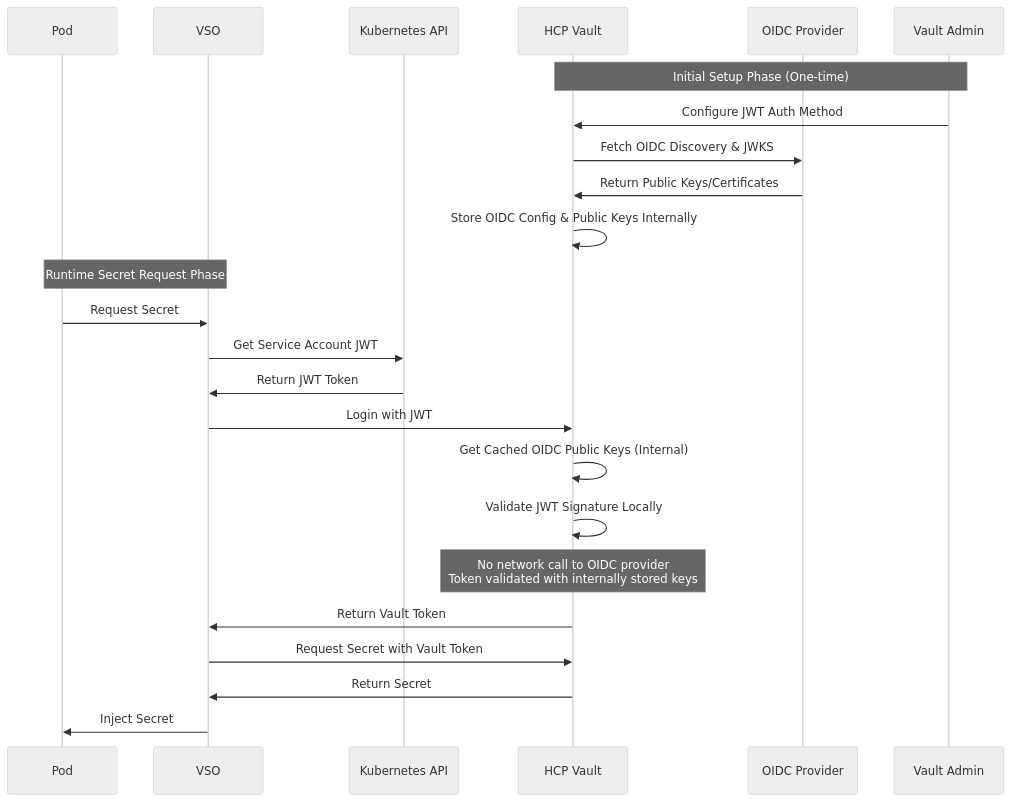
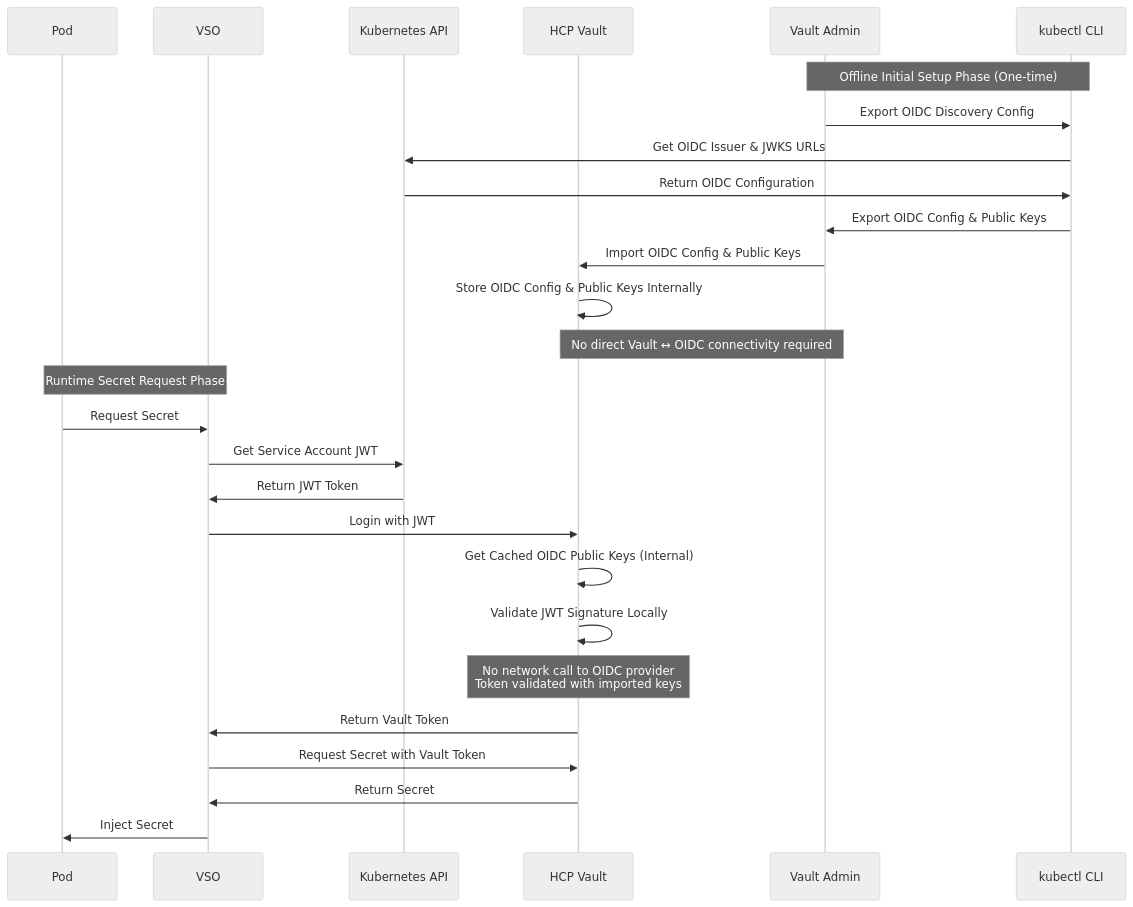
Before and after one commit to ucbabu/hcp-vault: the fourth of 4 diagrams in docs/kubernetes-integration-guide.md, drawn with Mermaid (neutral theme). The commit also changed other lines of this file, not shown here.

Commit message:
fix jwt auth

````diff
--- a/docs/kubernetes-integration-guide.md
+++ b/docs/kubernetes-integration-guide.md
@@ -135,28 +136,31 @@
 ```mermaid
 sequenceDiagram
     participant Pod
     participant VSO
     participant K8sAPI as Kubernetes API
     participant Vault as HCP Vault
-    participant OIDC as OIDC Provider
     participant Admin as Vault Admin
+    participant kubectl as kubectl CLI
     
-    Note over Admin,Vault: Initial Setup Phase (One-time)
-    Admin->>Vault: Configure JWT Auth Method
-    Vault->>OIDC: Fetch OIDC Discovery & JWKS
-    OIDC->>Vault: Return Public Keys/Certificates
+    Note over Admin,kubectl: Offline Initial Setup Phase (One-time)
+    Admin->>kubectl: Export OIDC Discovery Config
+    kubectl->>K8sAPI: Get OIDC Issuer & JWKS URLs
+    K8sAPI->>kubectl: Return OIDC Configuration
+    kubectl->>Admin: Export OIDC Config & Public Keys
+    Admin->>Vault: Import OIDC Config & Public Keys
     Vault->>Vault: Store OIDC Config & Public Keys Internally
+    Note over Admin,Vault: No direct Vault ↔ OIDC connectivity required
     
     Note over Pod,VSO: Runtime Secret Request Phase
     Pod->>VSO: Request Secret
     VSO->>K8sAPI: Get Service Account JWT
     K8sAPI->>VSO: Return JWT Token
     VSO->>Vault: Login with JWT
     Vault->>Vault: Get Cached OIDC Public Keys (Internal)
     Vault->>Vault: Validate JWT Signature Locally
-    Note over Vault: No network call to OIDC provider<br/>Token validated with internally stored keys
+    Note over Vault: No network call to OIDC provider<br/>Token validated with imported keys
     Vault->>VSO: Return Vault Token
     VSO->>Vault: Request Secret with Vault Token
     Vault->>VSO: Return Secret
     VSO->>Pod: Inject Secret
 ```
````
